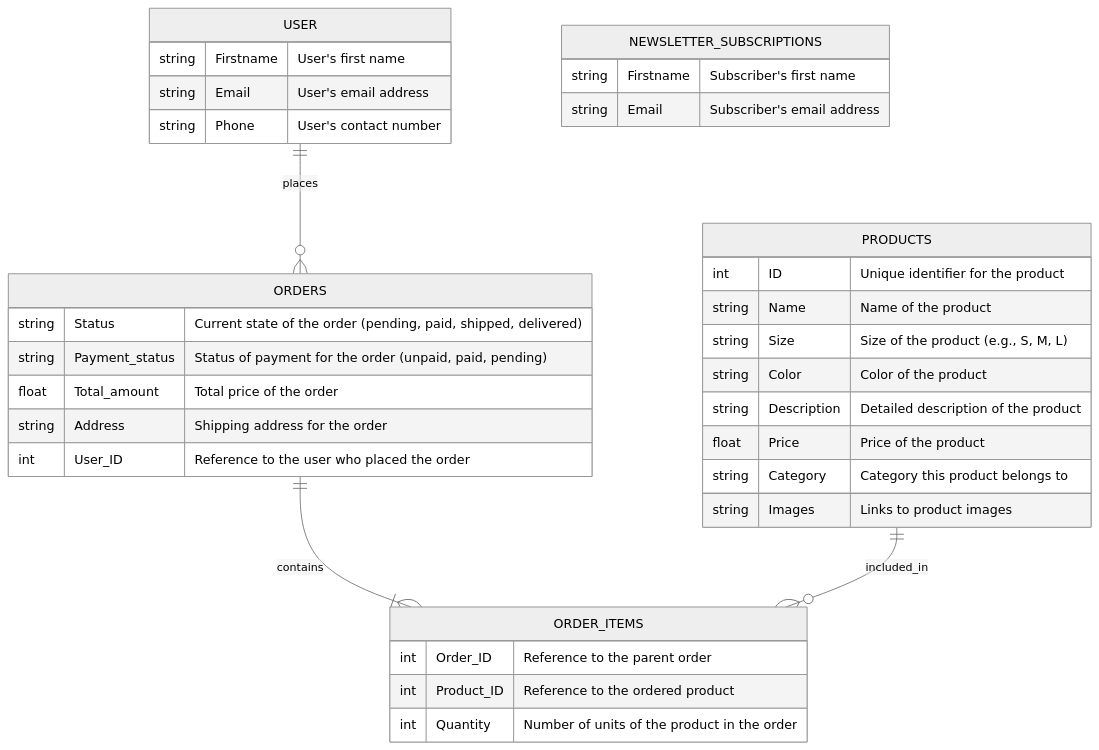
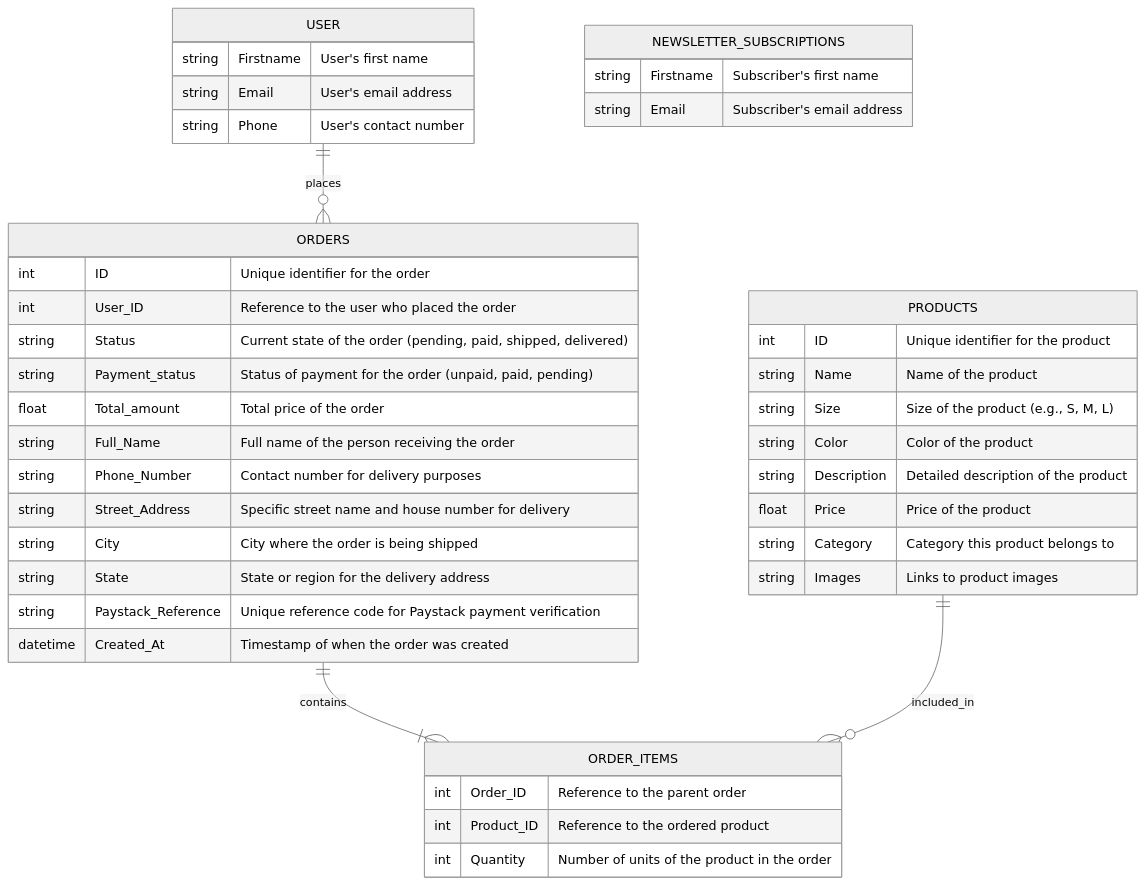
The diagram in docs/data-model.md (Mishael-dev/nosignal), drawn with Mermaid (neutral theme) before and after one commit. The commit also changed other lines of this file and 12 other files, not shown here.

````diff
--- a/docs/data-model.md
+++ b/docs/data-model.md
@@ -40,42 +47,62 @@
 ```mermaid
 erDiagram
     PRODUCTS {
         int ID "Unique identifier for the product"
         string Name "Name of the product"
         string Size "Size of the product (e.g., S, M, L)"
         string Color "Color of the product"
         string Description "Detailed description of the product"
         float Price "Price of the product"
         string Category "Category this product belongs to"
         string Images "Links to product images"
     }
 
     USER {
         string Firstname "User's first name"
         string Email "User's email address"
         string Phone "User's contact number"
     }
 
     ORDERS {
-        string Status "Current state of the order (pending, paid, shipped, delivered)"
-        string Payment_status "Status of payment for the order (unpaid, paid, pending)"
-        float Total_amount "Total price of the order"
-        string Address "Shipping address for the order"
-        int User_ID "Reference to the user who placed the order"
+        int ID "Unique identifier for the order"
+
+int User_ID "Reference to the user who placed the order"
+
+string Status "Current state of the order (pending, paid, shipped, delivered)"
+
+string Payment_status "Status of payment for the order (unpaid, paid, pending)"
+
+float Total_amount "Total price of the order"
+
+string Full_Name "Full name of the person receiving the order"
+
+string Phone_Number "Contact number for delivery purposes"
+
+string Street_Address "Specific street name and house number for delivery"
+
+string City "City where the order is being shipped"
+
+string State "State or region for the delivery address"
+
+string Paystack_Reference "Unique reference code for Paystack payment verification"
+
+datetime Created_At "Timestamp of when the order was created"
+
+
     }
 
     ORDER_ITEMS {
         int Order_ID "Reference to the parent order"
         int Product_ID "Reference to the ordered product"
         int Quantity "Number of units of the product in the order"
     }
 
     NEWSLETTER_SUBSCRIPTIONS {
         string Firstname "Subscriber's first name"
         string Email "Subscriber's email address"
     }
 
     USER ||--o{ ORDERS : places
     ORDERS ||--|{ ORDER_ITEMS : contains
     PRODUCTS ||--o{ ORDER_ITEMS : included_in
 ```
````
